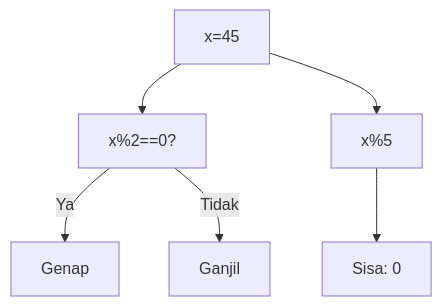
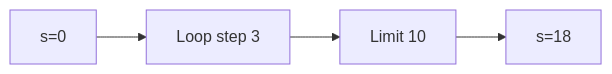
The first of 25 diagrams in part-c-pemahaman-cpp/03-perulangan/latihan/set-06.md (amnahwaida/OSNK_INF_PREP), drawn with Mermaid before and after one commit. The commit also changed other lines of this file and 71 other files, not shown here.

````diff
--- a/part-c-pemahaman-cpp/03-perulangan/latihan/set-06.md
+++ b/part-c-pemahaman-cpp/03-perulangan/latihan/set-06.md
@@ -23,8 +21,6 @@
 ```mermaid
-graph TD
-A["x=45"] --> B["x%2==0?"]
-B -- Ya --> C["Genap"]
-B -- Tidak --> D["Ganjil"]
-A --> E["x%5"]
-E --> F["Sisa: 0"]
+graph LR
+A["s=0"] --> B["Loop step 3"]
+B --> C["Limit 10"]
+C --> D["s=18"]
 ```
````
